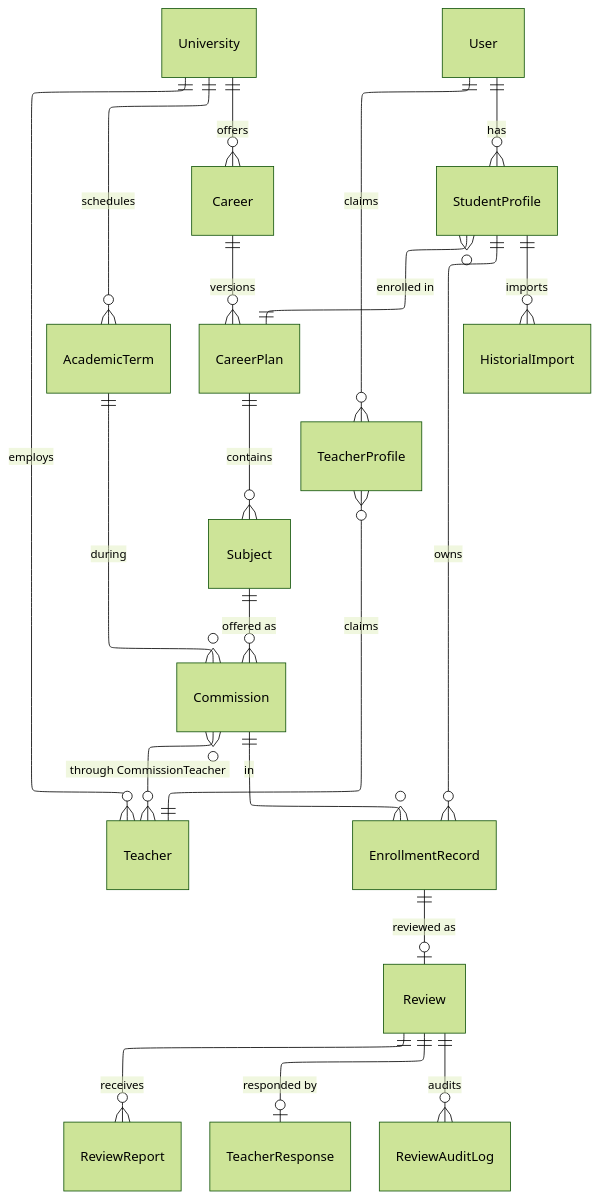
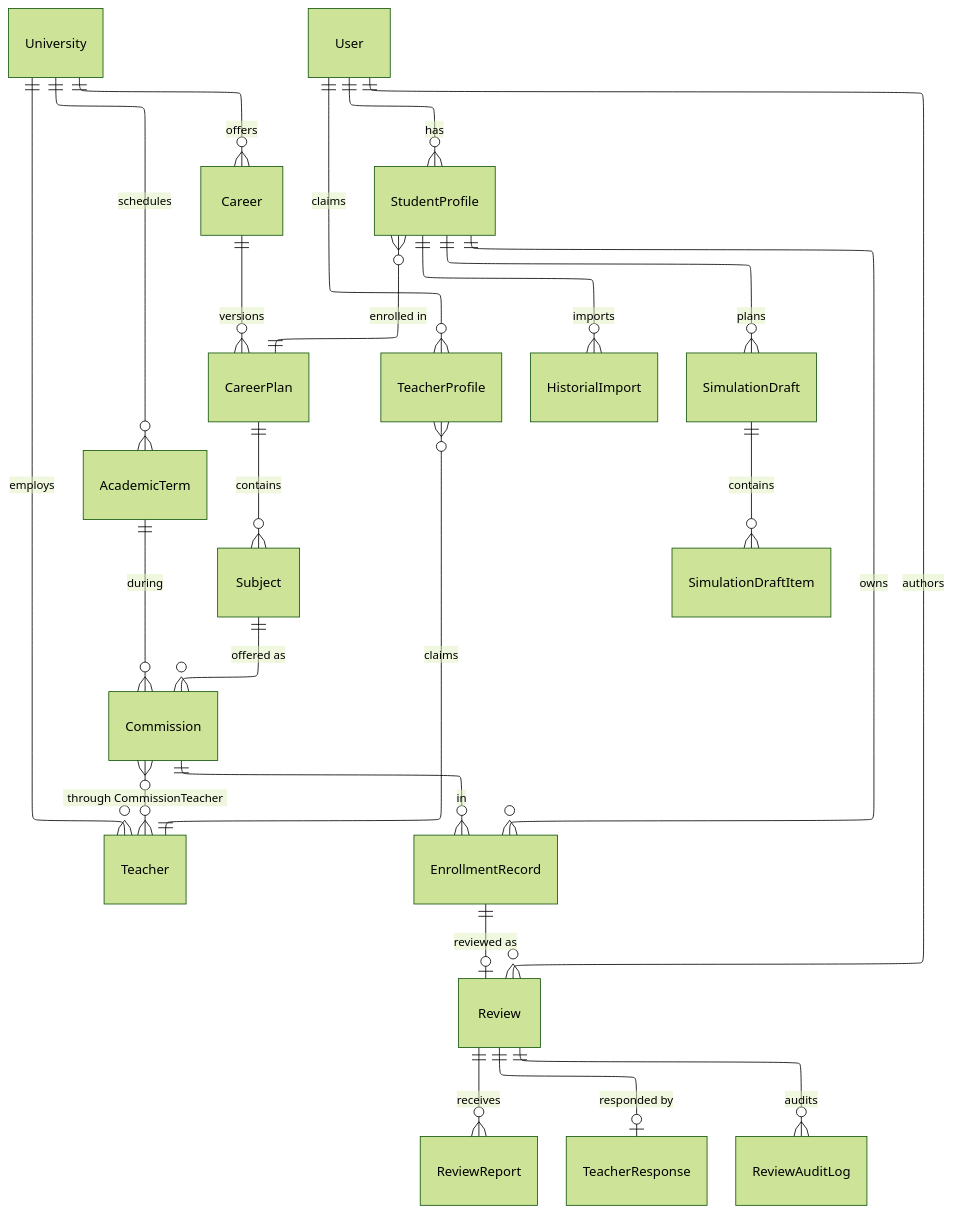
Before and after one commit to lucasidev/plan-b: the first of 5 diagrams in docs/architecture/data-model.md, drawn with Mermaid (forest theme). The commit also changed other lines of this file and 3 other files, not shown here.

````diff
--- a/docs/architecture/data-model.md
+++ b/docs/architecture/data-model.md
@@ -23,29 +23,33 @@
 ```mermaid
 ---
 config:
     layout: elk
 ---
 erDiagram
     University ||--o{ Career : offers
     University ||--o{ Teacher : employs
     University ||--o{ AcademicTerm : schedules
     Career ||--o{ CareerPlan : versions
     CareerPlan ||--o{ Subject : contains
     Subject ||--o{ Commission : "offered as"
     AcademicTerm ||--o{ Commission : during
     Commission }o--o{ Teacher : "through CommissionTeacher"
 
     User ||--o{ StudentProfile : has
     User ||--o{ TeacherProfile : claims
     StudentProfile }o--|| CareerPlan : "enrolled in"
     TeacherProfile }o--|| Teacher : "claims"
 
     StudentProfile ||--o{ EnrollmentRecord : owns
     Commission ||--o{ EnrollmentRecord : in
     StudentProfile ||--o{ HistorialImport : imports
 
     EnrollmentRecord ||--o| Review : "reviewed as"
+    User ||--o{ Review : authors
     Review ||--o{ ReviewReport : receives
     Review ||--o| TeacherResponse : "responded by"
     Review ||--o{ ReviewAuditLog : audits
+
+    StudentProfile ||--o{ SimulationDraft : plans
+    SimulationDraft ||--o{ SimulationDraftItem : contains
 ```
````
